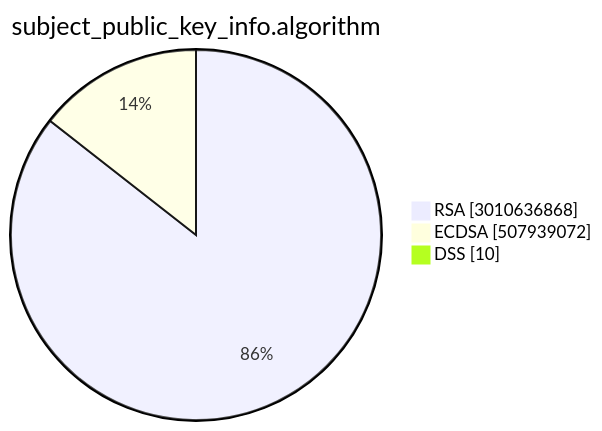
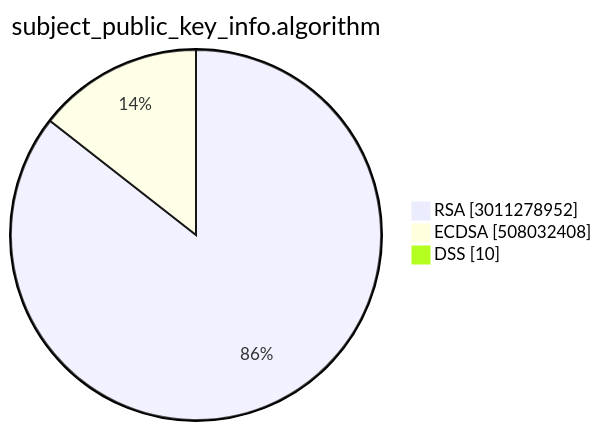
One commit to christiankrug/ctmonitor_visualization changed the second of 15 diagrams in TOTAL/README.md. Above: the diagram before and after it, drawn with Mermaid. The commit also changed other lines of this file, not shown here.

````diff
--- a/TOTAL/README.md
+++ b/TOTAL/README.md
@@ -6,7 +6,7 @@
 ```mermaid
 pie showData
 title subject_public_key_info.algorithm
-"RSA" :3010636868
-"ECDSA" :507939072
+"RSA" :3011278952
+"ECDSA" :508032408
 "DSS" :10
 ```
````
